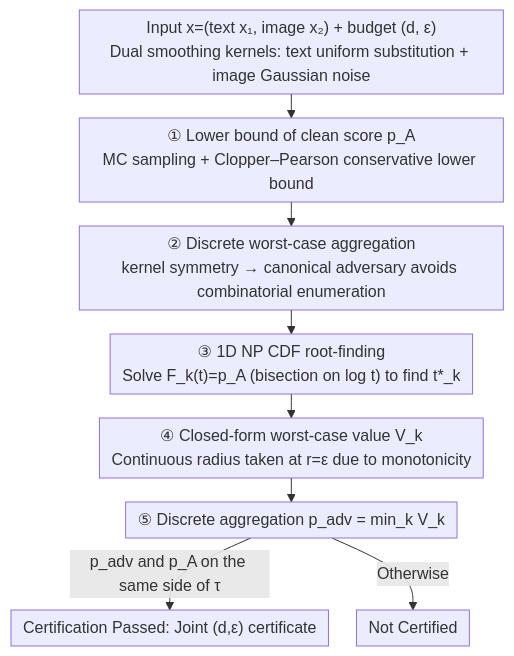
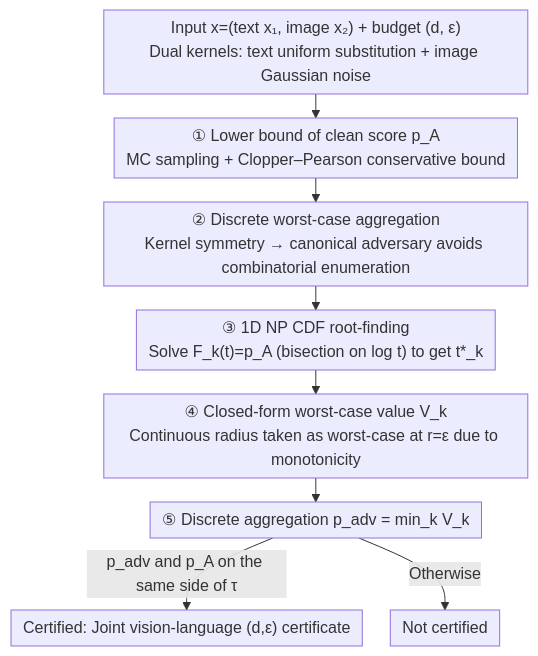
Before and after one commit to zhaoyang97/Paper-Notes-en: the diagram in docs/ICML2026/multimodal_vlm/certified_robustness_under_heterogeneous_perturbations_via_hybrid_randomized_smo.md, drawn with Mermaid. The commit also changed other lines of this file and 5084 other files, not shown here.

````diff
--- a/docs/ICML2026/multimodal_vlm/certified_robustness_under_heterogeneous_perturbations_via_hybrid_randomized_smo.md
+++ b/docs/ICML2026/multimodal_vlm/certified_robustness_under_heterogeneous_perturbations_via_hybrid_randomized_smo.md
@@ -44,11 +44,11 @@
 ```mermaid
 %%{init: {'flowchart': {'rankSpacing': 24, 'nodeSpacing': 28, 'padding': 6, 'wrappingWidth': 400}}}%%
 flowchart TD
-    A["Input x=(text x₁, image x₂) + budget (d, ε)<br/>Dual smoothing kernels: text uniform substitution + image Gaussian noise"] --> C["① Lower bound of clean score p_A<br/>MC sampling + Clopper–Pearson conservative lower bound"]
-    C --> D["② Discrete worst-case aggregation<br/>kernel symmetry → canonical adversary avoids combinatorial enumeration"]
-    D --> E["③ 1D NP CDF root-finding<br/>Solve F_k(t)=p_A (bisection on log t) to find t*_k"]
-    E --> F["④ Closed-form worst-case value V_k<br/>Continuous radius taken at r=ε due to monotonicity"]
+    A["Input x=(text x₁, image x₂) + budget (d, ε)<br/>Dual kernels: text uniform substitution + image Gaussian noise"] --> C["① Lower bound of clean score p_A<br/>MC sampling + Clopper–Pearson conservative bound"]
+    C --> D["② Discrete worst-case aggregation<br/>Kernel symmetry → canonical adversary avoids combinatorial enumeration"]
+    D --> E["③ 1D NP CDF root-finding<br/>Solve F_k(t)=p_A (bisection on log t) to get t*_k"]
+    E --> F["④ Closed-form worst-case value V_k<br/>Continuous radius taken as worst-case at r=ε due to monotonicity"]
     F --> G["⑤ Discrete aggregation p_adv = min_k V_k"]
-    G -->|p_adv and p_A on the same side of τ| H["Certification Passed: Joint (d,ε) certificate"]
-    G -->|Otherwise| I["Not Certified"]
+    G -->|p_adv and p_A on the same side of τ| H["Certified: Joint vision-language (d,ε) certificate"]
+    G -->|Otherwise| I["Not certified"]
 ```
````
